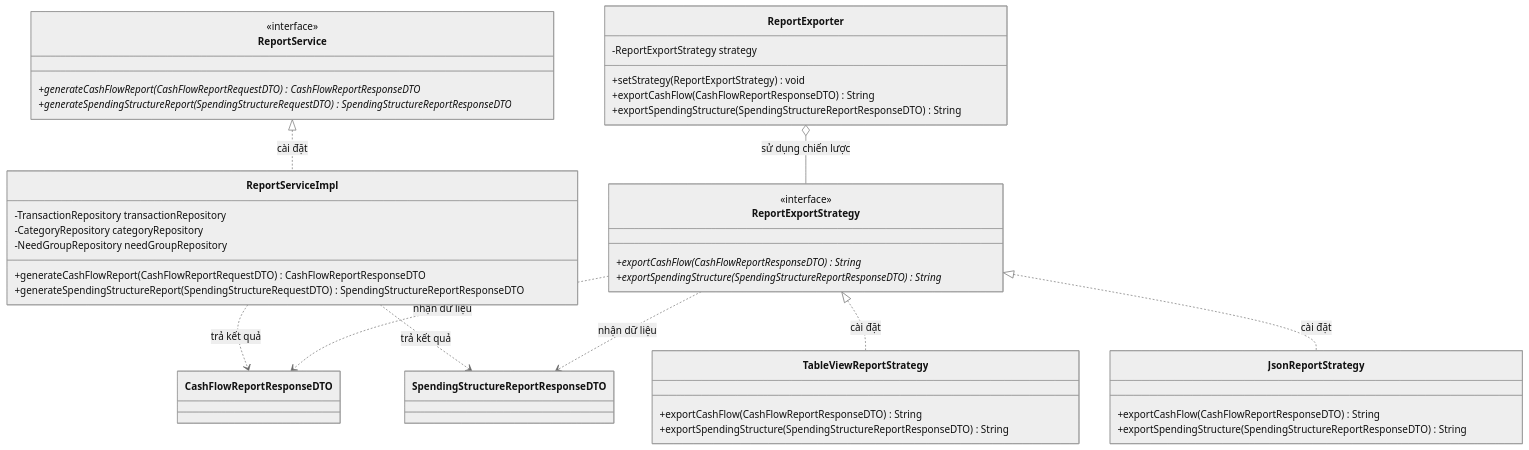
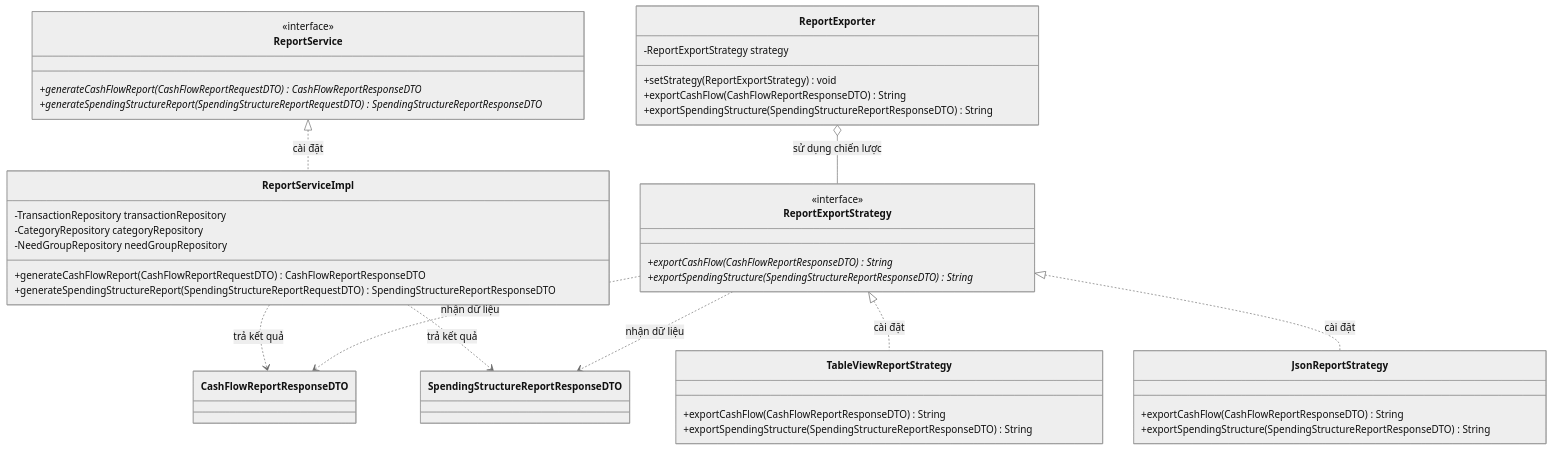
The second of 4 diagrams in docs/object-oriented-design/06-ap-dung-nguyen-ly-solid-va-thiet-ke-mau-gof.md (mynhleeh/pfms-oop), drawn with Mermaid (neutral theme) before and after one commit. The commit also changed other lines of this file and 3 other files, not shown here.

Commit message:
docs(ood): harmonize service contracts, sequence diagrams, and DTO specifications

````diff
--- a/docs/object-oriented-design/06-ap-dung-nguyen-ly-solid-va-thiet-ke-mau-gof.md
+++ b/docs/object-oriented-design/06-ap-dung-nguyen-ly-solid-va-thiet-ke-mau-gof.md
@@ -136,53 +136,53 @@
 ```mermaid
 classDiagram
     direction TB
 
     class ReportService {
         <<interface>>
         +generateCashFlowReport(CashFlowReportRequestDTO) CashFlowReportResponseDTO*
-        +generateSpendingStructureReport(SpendingStructureRequestDTO) SpendingStructureReportResponseDTO*
+        +generateSpendingStructureReport(SpendingStructureReportRequestDTO) SpendingStructureReportResponseDTO*
     }
 
     class ReportServiceImpl {
         -TransactionRepository transactionRepository
         -CategoryRepository categoryRepository
         -NeedGroupRepository needGroupRepository
         +generateCashFlowReport(CashFlowReportRequestDTO) CashFlowReportResponseDTO
-        +generateSpendingStructureReport(SpendingStructureRequestDTO) SpendingStructureReportResponseDTO
+        +generateSpendingStructureReport(SpendingStructureReportRequestDTO) SpendingStructureReportResponseDTO
     }
 
     class ReportExporter {
         -ReportExportStrategy strategy
         +setStrategy(ReportExportStrategy) void
         +exportCashFlow(CashFlowReportResponseDTO) String
         +exportSpendingStructure(SpendingStructureReportResponseDTO) String
     }
 
     class ReportExportStrategy {
         <<interface>>
         +exportCashFlow(CashFlowReportResponseDTO) String*
         +exportSpendingStructure(SpendingStructureReportResponseDTO) String*
     }
 
     class TableViewReportStrategy {
         +exportCashFlow(CashFlowReportResponseDTO) String
         +exportSpendingStructure(SpendingStructureReportResponseDTO) String
     }
 
     class JsonReportStrategy {
         +exportCashFlow(CashFlowReportResponseDTO) String
         +exportSpendingStructure(SpendingStructureReportResponseDTO) String
     }
 
     class CashFlowReportResponseDTO
     class SpendingStructureReportResponseDTO
 
     ReportService <|.. ReportServiceImpl : cài đặt
     ReportServiceImpl ..> CashFlowReportResponseDTO : trả kết quả
     ReportServiceImpl ..> SpendingStructureReportResponseDTO : trả kết quả
     ReportExporter o-- ReportExportStrategy : sử dụng chiến lược
     ReportExportStrategy <|.. TableViewReportStrategy : cài đặt
     ReportExportStrategy <|.. JsonReportStrategy : cài đặt
     ReportExportStrategy ..> CashFlowReportResponseDTO : nhận dữ liệu
     ReportExportStrategy ..> SpendingStructureReportResponseDTO : nhận dữ liệu
 ```
````
